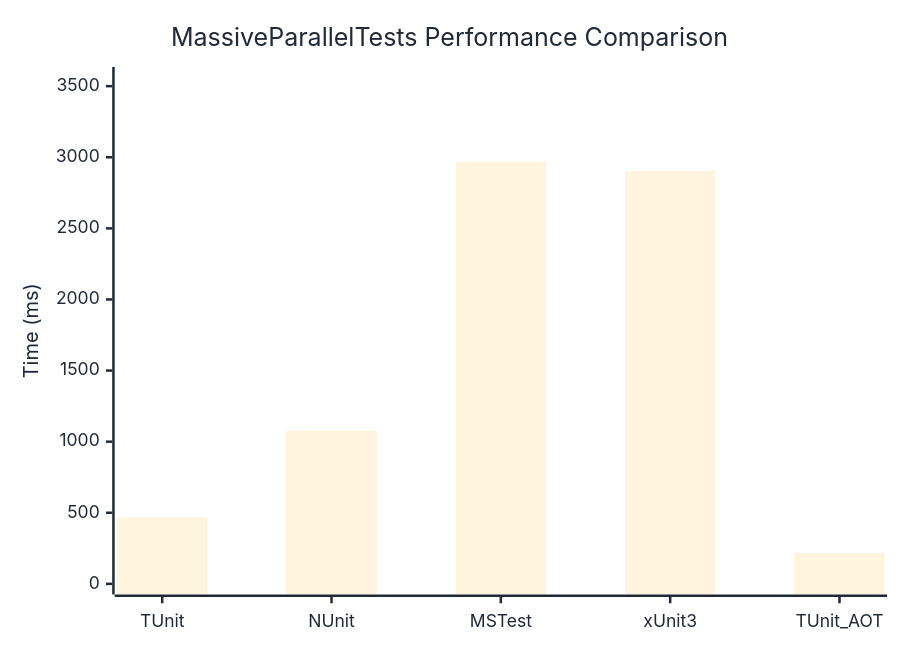
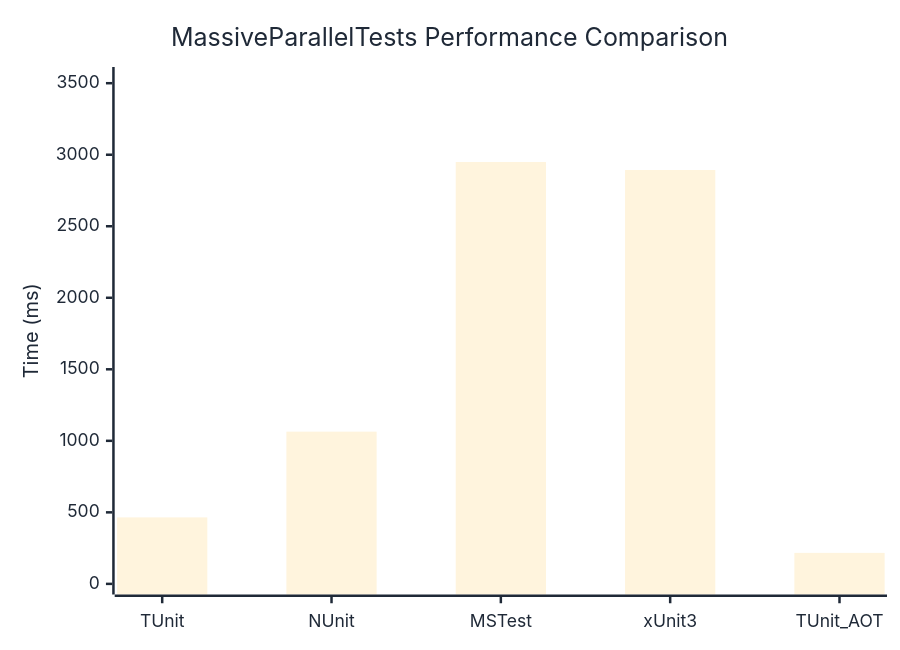
Before and after one commit to thomhurst/TUnit: the diagram in docs/docs/benchmarks/engine/MassiveParallelTests.md, drawn with Mermaid. The commit also changed other lines of this file and 18 other files, not shown here.

````diff
--- a/docs/docs/benchmarks/engine/MassiveParallelTests.md
+++ b/docs/docs/benchmarks/engine/MassiveParallelTests.md
@@ -29,37 +29,37 @@
 ```mermaid
 %%{init: {
   'theme':'base',
   'themeVariables': {
     'primaryColor': '#2563eb',
     'primaryTextColor': '#1f2937',
     'primaryBorderColor': '#1e40af',
     'lineColor': '#6b7280',
     'secondaryColor': '#7c3aed',
     'tertiaryColor': '#dc2626',
     'background': '#ffffff',
     'mainBkg': '#2563eb',
     'secondBkg': '#7c3aed',
     'tertiaryBkg': '#dc2626',
     'clusterBkg': '#f3f4f6',
     'edgeLabelBackground': '#ffffff',
     'tertiaryTextColor': '#1f2937',
     'pie1': '#2563eb',
     'pie2': '#7c3aed',
     'pie3': '#dc2626',
     'pie4': '#f59e0b',
     'pie5': '#10b981',
     'pie6': '#06b6d4',
     'pie7': '#ec4899',
     'pie8': '#6366f1',
     'pie9': '#84cc16',
     'pie10': '#f97316',
     'pie11': '#14b8a6',
     'pie12': '#a855f7'
   }
 }}%%
 xychart-beta
   title "MassiveParallelTests Performance Comparison"
   x-axis ["TUnit", "NUnit", "MSTest", "xUnit3", "TUnit_AOT"]
-  y-axis "Time (ms)" 0 --> 3560
-  bar [467.5, 1077.2, 2966.3, 2902.4, 217.2]
+  y-axis "Time (ms)" 0 --> 3539
+  bar [464.8, 1064.1, 2949.1, 2893.1, 216.7]
 ```
````
